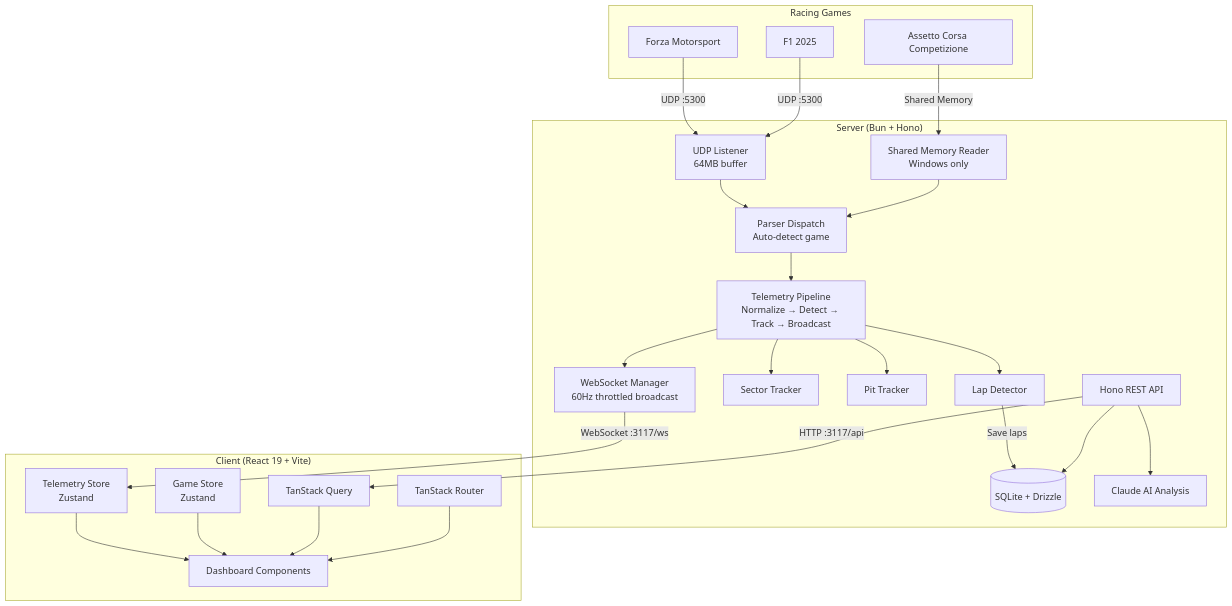
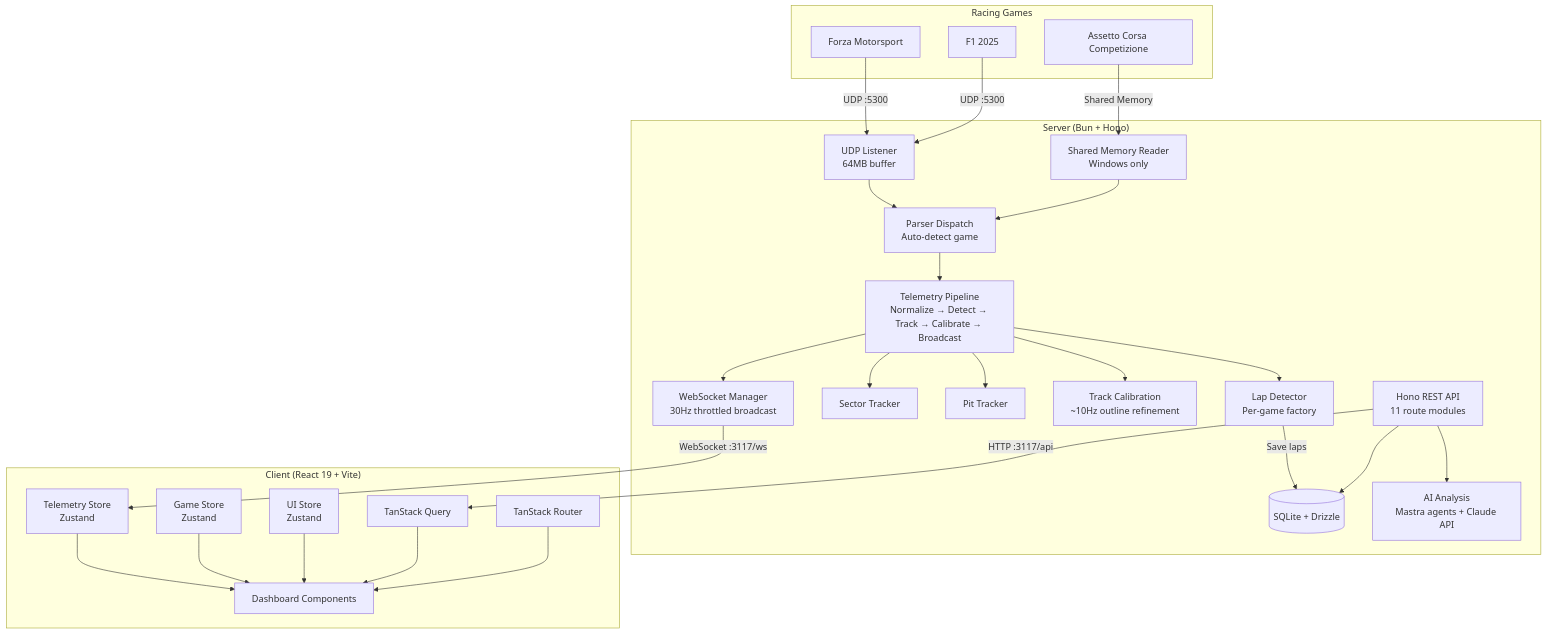
Before and after one commit to calebklc/RaceIQ: the first of 12 diagrams in ARCHITECTURE.md, drawn with Mermaid. The commit also changed other lines of this file, not shown here.

````diff
--- a/ARCHITECTURE.md
+++ b/ARCHITECTURE.md
@@ -7,51 +7,55 @@
 ```mermaid
 graph TB
     subgraph Games["Racing Games"]
         FM[Forza Motorsport]
         F1[F1 2025]
         ACC[Assetto Corsa Competizione]
     end
 
     subgraph Server["Server (Bun + Hono)"]
         UDP[UDP Listener<br/>64MB buffer]
         SHM[Shared Memory Reader<br/>Windows only]
         Parser[Parser Dispatch<br/>Auto-detect game]
-        Pipeline[Telemetry Pipeline<br/>Normalize → Detect → Track → Broadcast]
-        LapDet[Lap Detector]
+        Pipeline[Telemetry Pipeline<br/>Normalize → Detect → Track → Calibrate → Broadcast]
+        LapDet[Lap Detector<br/>Per-game factory]
         SectorTrack[Sector Tracker]
         PitTrack[Pit Tracker]
-        WS[WebSocket Manager<br/>60Hz throttled broadcast]
-        API[Hono REST API]
+        TrackCal[Track Calibration<br/>~10Hz outline refinement]
+        WS[WebSocket Manager<br/>30Hz throttled broadcast]
+        API[Hono REST API<br/>11 route modules]
         DB[(SQLite + Drizzle)]
-        AI[Claude AI Analysis]
+        AI[AI Analysis<br/>Mastra agents + Claude API]
     end
 
     subgraph Client["Client (React 19 + Vite)"]
         Router[TanStack Router]
         TelStore[Telemetry Store<br/>Zustand]
         GameStore[Game Store<br/>Zustand]
+        UIStore[UI Store<br/>Zustand]
         Query[TanStack Query]
         UI[Dashboard Components]
     end
 
     FM -- "UDP :5300" --> UDP
     F1 -- "UDP :5300" --> UDP
     ACC -- "Shared Memory" --> SHM
 
     UDP --> Parser
     SHM --> Parser
     Parser --> Pipeline
     Pipeline --> LapDet
     Pipeline --> SectorTrack
     Pipeline --> PitTrack
+    Pipeline --> TrackCal
     Pipeline --> WS
     LapDet -- "Save laps" --> DB
     WS -- "WebSocket :3117/ws" --> TelStore
     API -- "HTTP :3117/api" --> Query
     API --> DB
     API --> AI
     TelStore --> UI
     GameStore --> UI
+    UIStore --> UI
     Query --> UI
     Router --> UI
 ```
````
